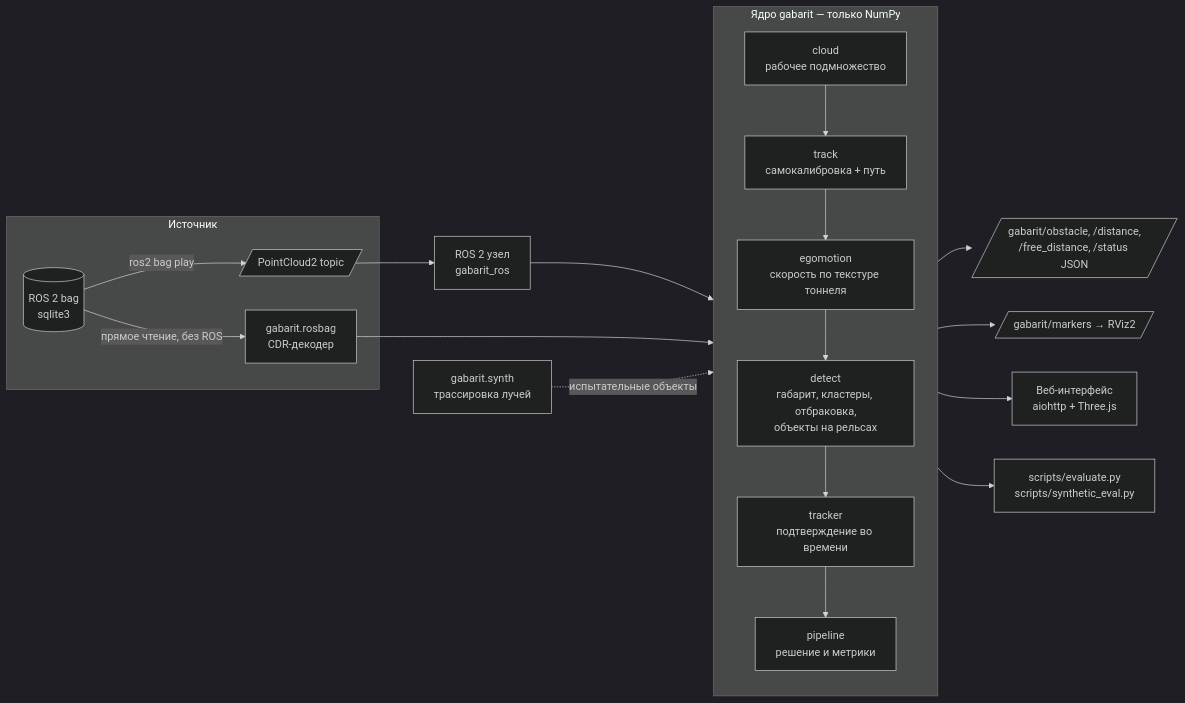
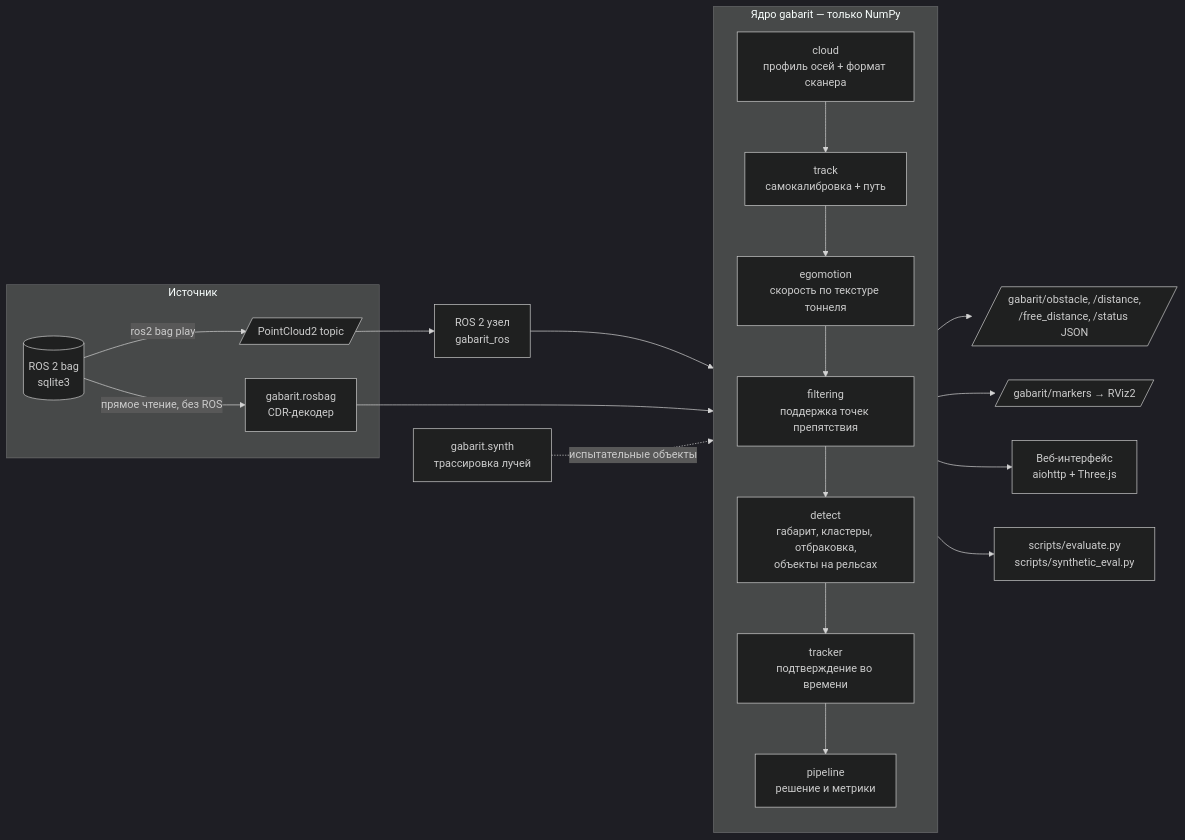
The diagram in docs/ARCHITECTURE.md (EnglishMan47/Gabarit_metro), drawn with Mermaid (dark theme) before and after one commit. The commit also changed other lines of this file and 73 other files, not shown here.

````diff
--- a/docs/ARCHITECTURE.md
+++ b/docs/ARCHITECTURE.md
@@ -3,23 +3,24 @@
 ```mermaid
 flowchart LR
     subgraph Источник
       BAG[(ROS 2 bag<br/>sqlite3)] -->|ros2 bag play| TOPIC[/PointCloud2 topic/]
       BAG -->|прямое чтение, без ROS| READER[gabarit.rosbag<br/>CDR-декодер]
     end
     TOPIC --> NODE[ROS 2 узел<br/>gabarit_ros]
     NODE --> CORE
     READER --> CORE
     subgraph CORE[Ядро gabarit — только NumPy]
       direction TB
-      C1[cloud<br/>рабочее подмножество] --> C2[track<br/>самокалибровка + путь]
+      C1[cloud<br/>профиль осей + формат сканера] --> C2[track<br/>самокалибровка + путь]
       C2 --> C3[egomotion<br/>скорость по текстуре тоннеля]
-      C3 --> C4[detect<br/>габарит, кластеры, отбраковка,<br/>объекты на рельсах]
+      C3 --> FILTER[filtering<br/>поддержка точек препятствия]
+      FILTER --> C4[detect<br/>габарит, кластеры, отбраковка,<br/>объекты на рельсах]
       C4 --> C5[tracker<br/>подтверждение во времени]
       C5 --> C6[pipeline<br/>решение и метрики]
     end
     C6 --> OUT1[/gabarit/obstacle, /distance,<br/>/free_distance, /status JSON/]
     C6 --> OUT2[/gabarit/markers → RViz2/]
     C6 --> WEB[Веб-интерфейс<br/>aiohttp + Three.js]
     C6 --> EVAL[scripts/evaluate.py<br/>scripts/synthetic_eval.py]
     SYN[gabarit.synth<br/>трассировка лучей] -. испытательные объекты .-> CORE
 ```
````
